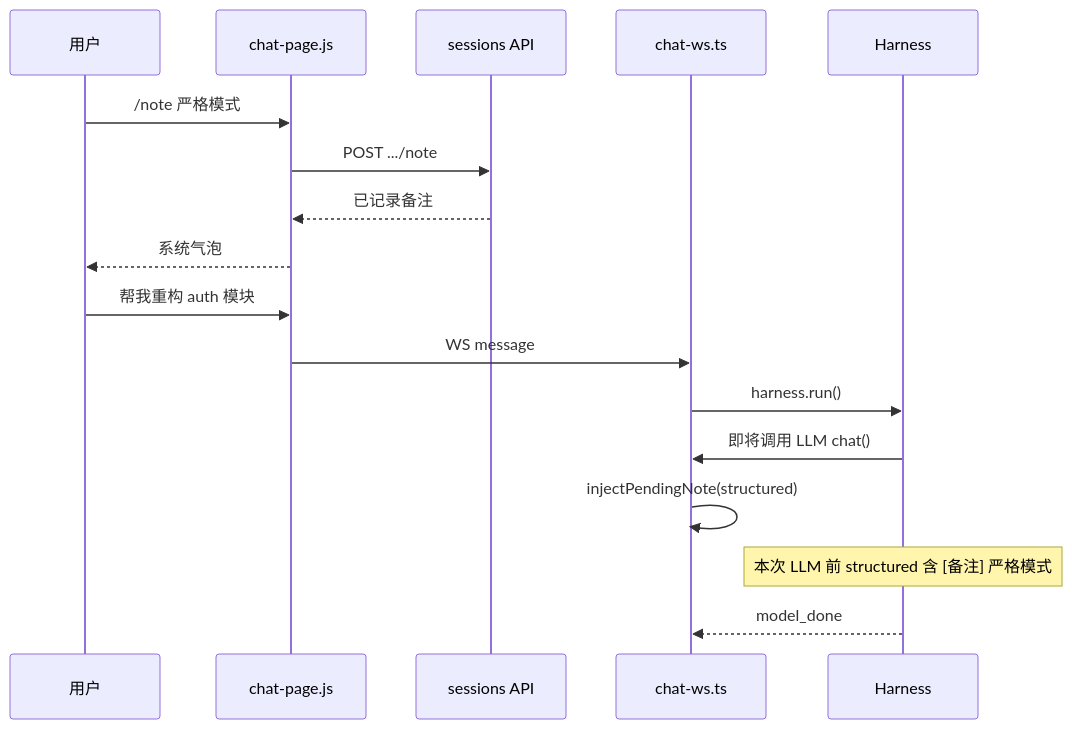
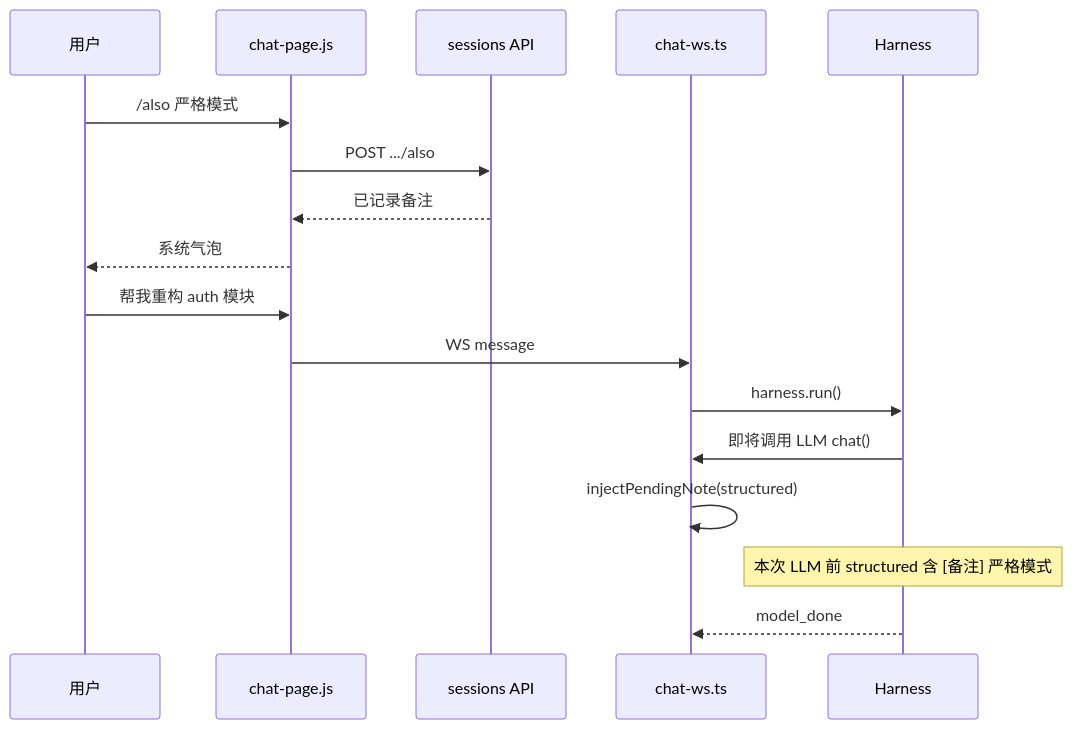
One commit to lbiceman/iceCoder changed the first of 3 diagrams in docs/requirement/note-next-commands.md. Above: the diagram before and after it, drawn with Mermaid. The commit also changed other lines of this file and 15 other files, not shown here.

````diff
--- a/docs/requirement/note-next-commands.md
+++ b/docs/requirement/note-next-commands.md
@@ -580,21 +580,21 @@
 ```mermaid
 sequenceDiagram
   participant U as 用户
   participant UI as chat-page.js
   participant API as sessions API
   participant WS as chat-ws.ts
   participant H as Harness
 
-  U->>UI: /note 严格模式
-  UI->>API: POST .../note
+  U->>UI: /also 严格模式
+  UI->>API: POST .../also
   API-->>UI: 已记录备注
   UI-->>U: 系统气泡
 
   U->>UI: 帮我重构 auth 模块
   UI->>WS: WS message
   WS->>H: harness.run()
   H->>WS: 即将调用 LLM chat()
   WS->>WS: injectPendingNote(structured)
   Note over H: 本次 LLM 前 structured 含 [备注] 严格模式
   H-->>WS: model_done
 ```
````
